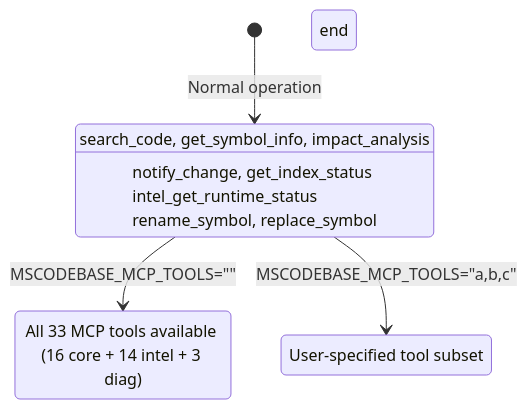
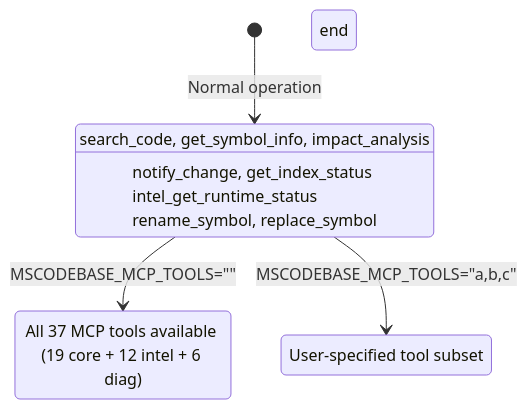
The third of 4 diagrams in docs/en/GRACEFUL_DEGRADATION.md (ManSio/mscodebase-intelligence), drawn with Mermaid before and after one commit. The commit also changed 20 other files, not shown here.

First line of the commit message:
docs(audit): sync tool counts 37=19+12+6 across all docs, fix server_tools hardcode

````diff
--- a/docs/en/GRACEFUL_DEGRADATION.md
+++ b/docs/en/GRACEFUL_DEGRADATION.md
@@ -84,22 +84,22 @@
 ```mermaid
 stateDiagram-v2
     [*] --> DEFAULT_TOOLS: Normal operation
 
     state DEFAULT_TOOLS[Visible: 12 tools]
         DEFAULT_TOOLS: search_code, get_symbol_info, impact_analysis
         DEFAULT_TOOLS: notify_change, get_index_status
         DEFAULT_TOOLS: intel_get_runtime_status
         DEFAULT_TOOLS: rename_symbol, replace_symbol
     end
 
     DEFAULT_TOOLS --> ALL_TOOLS: MSCODEBASE_MCP_TOOLS=""
     DEFAULT_TOOLS --> CUSTOM_TOOLS: MSCODEBASE_MCP_TOOLS="a,b,c"
 
-    state ALL_TOOLS[Visible: 33 tools]
-        ALL_TOOLS: All 33 MCP tools available (16 core + 14 intel + 3 diag)
+    state ALL_TOOLS[Visible: 37 tools]
+        ALL_TOOLS: All 37 MCP tools available (19 core + 12 intel + 6 diag)
     end
 
     state CUSTOM_TOOLS[Custom selection]
         CUSTOM_TOOLS: User-specified tool subset
     end
 ```
````
